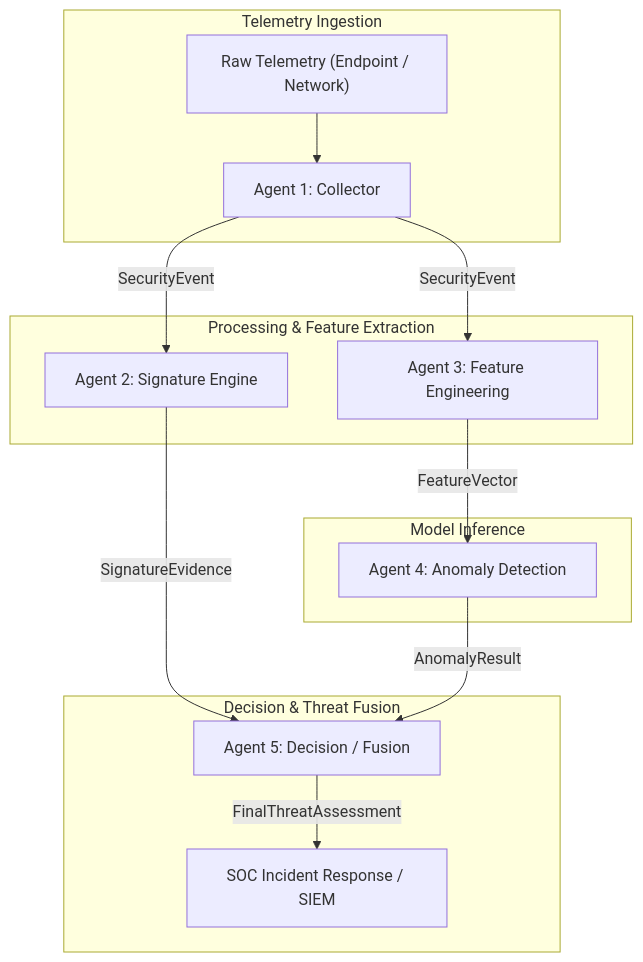
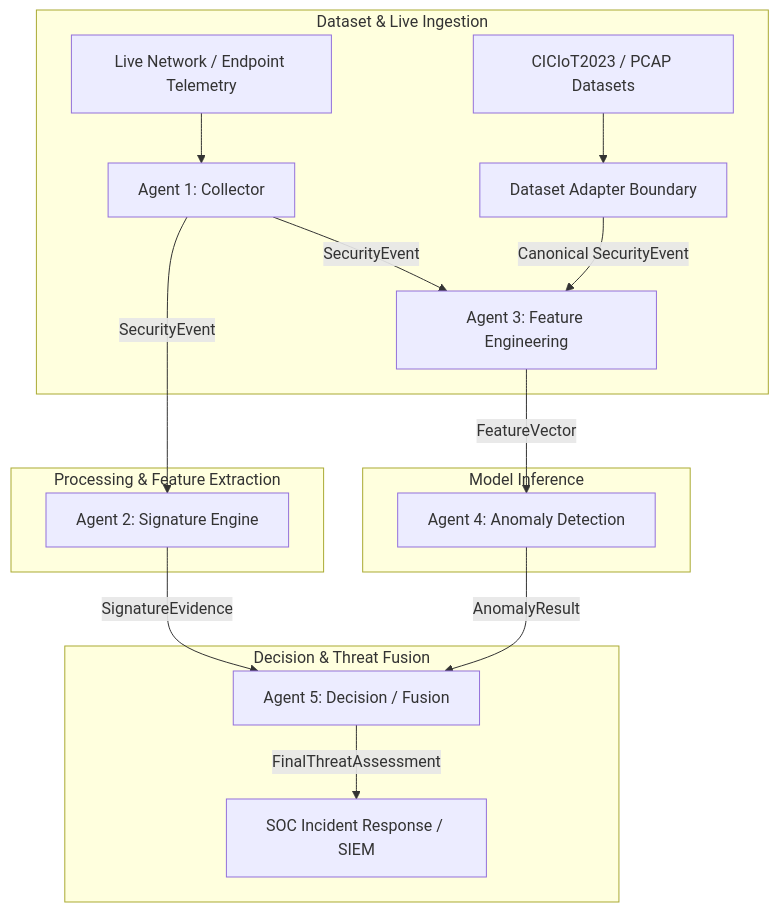
The diagram in docs/architecture/system_architecture.md (soc5assistent/mutil-agent-soc-analysist), drawn with Mermaid before and after one commit. The commit also changed other lines of this file and 1 other file, not shown here.

Commit message:
docs(architecture): resolve CICIoT2023 event contract

````diff
--- a/docs/architecture/system_architecture.md
+++ b/docs/architecture/system_architecture.md
@@ -13,21 +13,23 @@
 ```mermaid
 flowchart TD
-    subgraph Layer1["Telemetry Ingestion"]
-        RAW["Raw Telemetry (Endpoint / Network)"] --> A1["Agent 1: Collector"]
+    subgraph Layer0["Dataset & Live Ingestion"]
+        LIVE["Live Network / Endpoint Telemetry"] --> A1["Agent 1: Collector"]
+        DATASET["CICIoT2023 / PCAP Datasets"] --> ADAPT["Dataset Adapter Boundary"]
+        ADAPT -->|Canonical SecurityEvent| A3["Agent 3: Feature Engineering"]
     end
 
-    subgraph Layer2["Processing & Feature Extraction"]
+    subgraph Layer1["Processing & Feature Extraction"]
         A1 -->|SecurityEvent| A2["Agent 2: Signature Engine"]
-        A1 -->|SecurityEvent| A3["Agent 3: Feature Engineering"]
+        A1 -->|SecurityEvent| A3
     end
 
-    subgraph Layer3["Model Inference"]
+    subgraph Layer2["Model Inference"]
         A3 -->|FeatureVector| A4["Agent 4: Anomaly Detection"]
     end
 
-    subgraph Layer4["Decision & Threat Fusion"]
+    subgraph Layer3["Decision & Threat Fusion"]
         A2 -->|SignatureEvidence| A5["Agent 5: Decision / Fusion"]
         A4 -->|AnomalyResult| A5
         A5 -->|FinalThreatAssessment| OUT["SOC Incident Response / SIEM"]
     end
 ```
````
